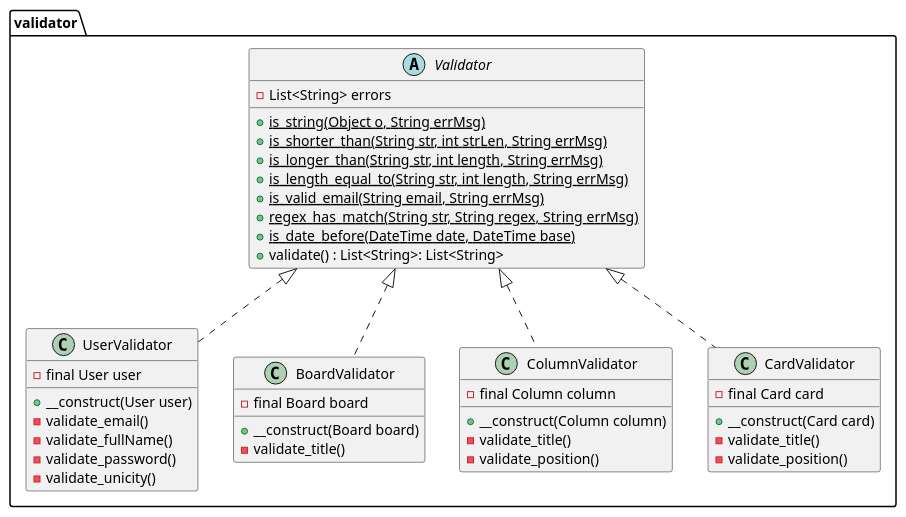
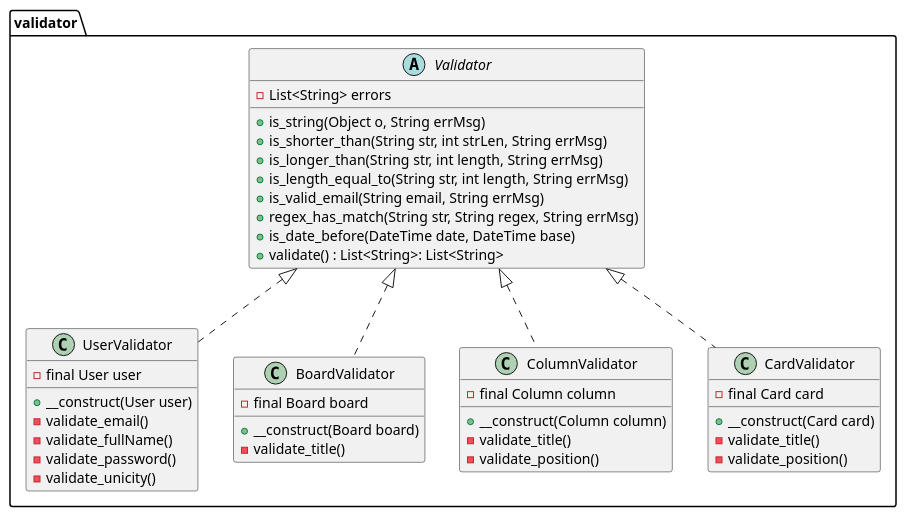
Before and after one commit to etic4/mini-trello-php: the second of 3 diagrams in analyse/Diagrammes-V3.md, drawn with PlantUML. The commit also changed other lines of this file and 2 other files, not shown here.

Commit message:
suppression des méthodes statiques inutiles

````diff
--- a/analyse/Diagrammes-V3.md
+++ b/analyse/Diagrammes-V3.md
@@ -148,46 +148,46 @@
 ```plantuml
 @startuml
 package validator {
 abstract class Validator {
     - List<String> errors
-    + {static} is_string(Object o, String errMsg)
-    + {static} is_shorter_than(String str, int strLen, String errMsg)
-    + {static} is_longer_than(String str, int length, String errMsg)
-    + {static} is_length_equal_to(String str, int length, String errMsg)
-    + {static} is_valid_email(String email, String errMsg)
-    + {static} regex_has_match(String str, String regex, String errMsg)
-    + {static} is_date_before(DateTime date, DateTime base)
+    + is_string(Object o, String errMsg)
+    + is_shorter_than(String str, int strLen, String errMsg)
+    + is_longer_than(String str, int length, String errMsg)
+    + is_length_equal_to(String str, int length, String errMsg)
+    + is_valid_email(String email, String errMsg)
+    + regex_has_match(String str, String regex, String errMsg)
+    + is_date_before(DateTime date, DateTime base)
     + validate() : List<String>: List<String>
 }
 
 class UserValidator implements Validator {
     - final User user
     + __construct(User user)
     - validate_email()
     - validate_fullName()
     - validate_password()
     - validate_unicity()
 }
 
 class BoardValidator implements Validator {
     - final Board board
     + __construct(Board board)
     - validate_title()
 }
 
 class ColumnValidator implements Validator {
     - final Column column
     + __construct(Column column)
     - validate_title()
     - validate_position()
 }
 
 class CardValidator implements Validator {
     - final Card card
     + __construct(Card card)
     - validate_title()
     - validate_position()
 }
 }
 @enduml
 ```
````
